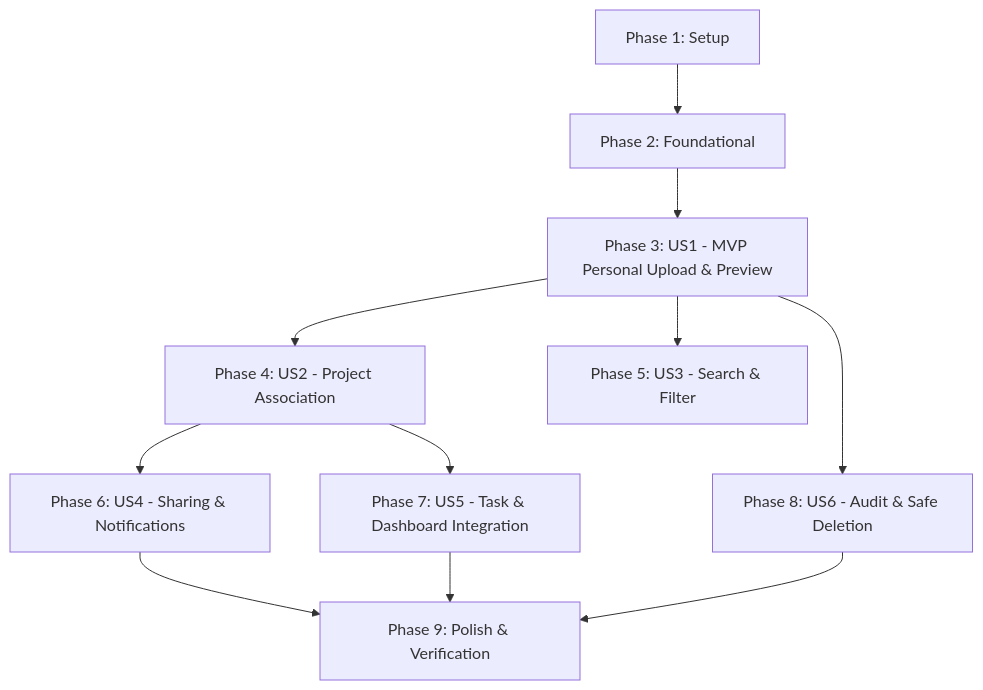
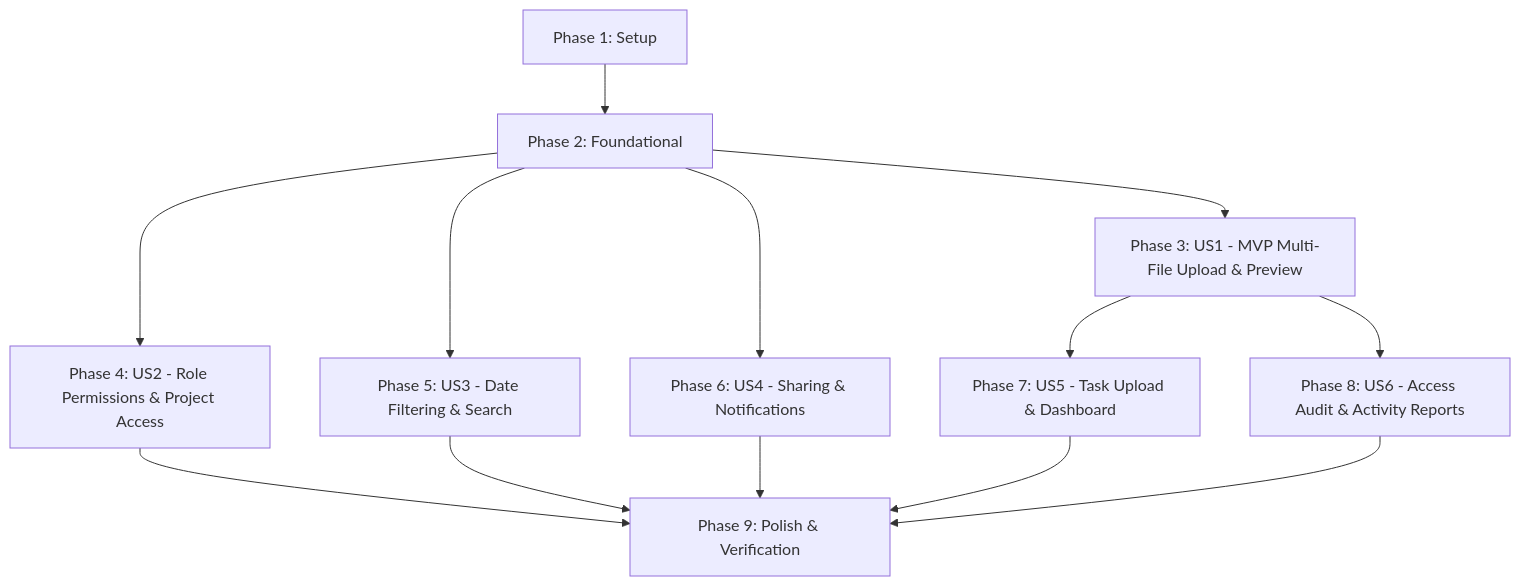
Before and after one commit to davidsrz-dev/ContosoDashboard: the diagram in specs/001-document-management/tasks.md, drawn with Mermaid. The commit also changed other lines of this file and 29 other files, not shown here.

````diff
--- a/specs/001-document-management/tasks.md
+++ b/specs/001-document-management/tasks.md
@@ -137,13 +179,15 @@
 ```mermaid
 graph TD
     Phase1[Phase 1: Setup] --> Phase2[Phase 2: Foundational]
-    Phase2 --> Phase3[Phase 3: US1 - MVP Personal Upload & Preview]
-    Phase3 --> Phase4[Phase 4: US2 - Project Association]
-    Phase3 --> Phase5[Phase 5: US3 - Search & Filter]
-    Phase4 --> Phase6[Phase 6: US4 - Sharing & Notifications]
-    Phase4 --> Phase7[Phase 7: US5 - Task & Dashboard Integration]
-    Phase3 --> Phase8[Phase 8: US6 - Audit & Safe Deletion]
-    Phase6 --> Phase9[Phase 9: Polish & Verification]
+    Phase2 --> Phase3[Phase 3: US1 - MVP Multi-File Upload & Preview]
+    Phase2 --> Phase4[Phase 4: US2 - Role Permissions & Project Access]
+    Phase2 --> Phase5[Phase 5: US3 - Date Filtering & Search]
+    Phase2 --> Phase6[Phase 6: US4 - Sharing & Notifications]
+    Phase3 --> Phase7[Phase 7: US5 - Task Upload & Dashboard]
+    Phase3 --> Phase8[Phase 8: US6 - Access Audit & Activity Reports]
+    Phase4 --> Phase9[Phase 9: Polish & Verification]
+    Phase5 --> Phase9
+    Phase6 --> Phase9
     Phase7 --> Phase9
     Phase8 --> Phase9
 ```
````
